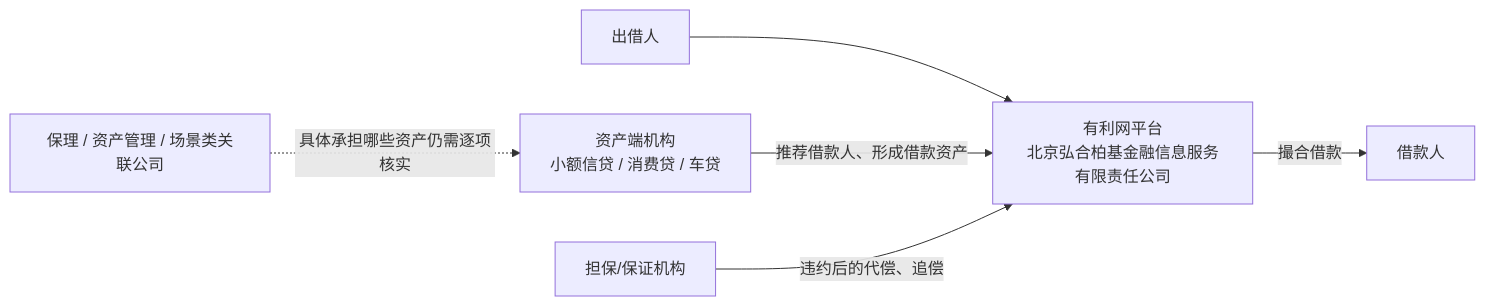
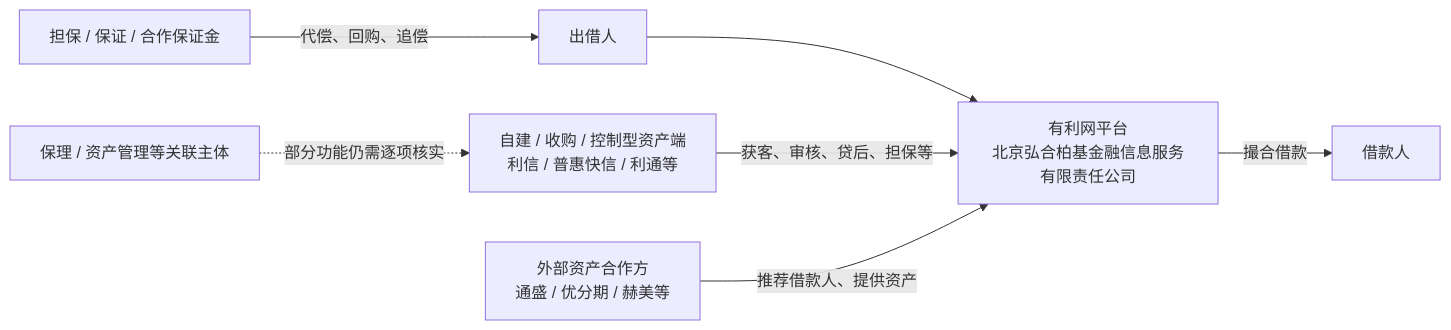
Before and after one commit to stepfunc-droid/yooli-doc: the diagram in docs/有利网资产端与关联公司结构梳理.md, drawn with Mermaid. The commit also changed other lines of this file, not shown here.

````diff
--- a/docs/有利网资产端与关联公司结构梳理.md
+++ b/docs/有利网资产端与关联公司结构梳理.md
@@ -22,8 +34,12 @@
 ```mermaid
 flowchart LR
-    L[出借人] --> P[有利网平台\n北京弘合柏基金融信息服务有限责任公司]
-    A[资产端机构\n小额信贷 / 消费贷 / 车贷] -->|推荐借款人、形成借款资产| P
+    I[出借人] --> P[有利网平台\n北京弘合柏基金融信息服务有限责任公司]
+
+    SA[自建 / 收购 / 控制型资产端\n利信 / 普惠快信 / 利通等] -->|获客、审核、贷后、担保等| P
+    EA[外部资产合作方\n通盛 / 优分期 / 赫美等] -->|推荐借款人、提供资产| P
+
     P -->|撮合借款| B[借款人]
-    G[担保/保证机构] -->|违约后的代偿、追偿| P
-    S[保理 / 资产管理 / 场景类关联公司] -.具体承担哪些资产仍需逐项核实.-> A
+
+    G[担保 / 保证 / 合作保证金] -->|代偿、回购、追偿| I
+    S[保理 / 资产管理等关联主体] -.部分功能仍需逐项核实.-> SA
 ```
````
